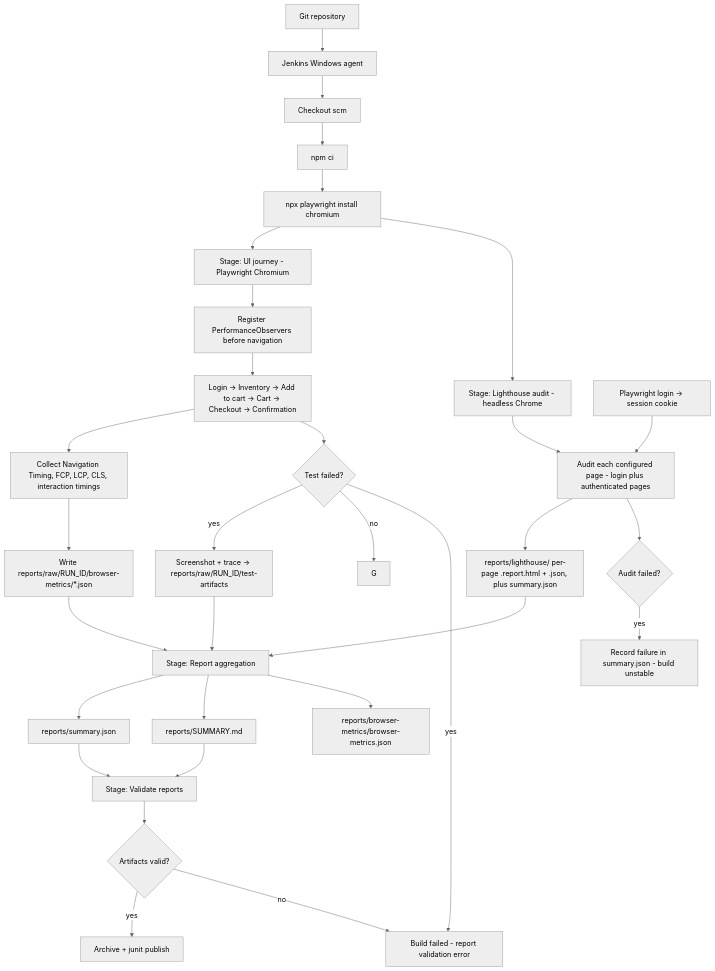
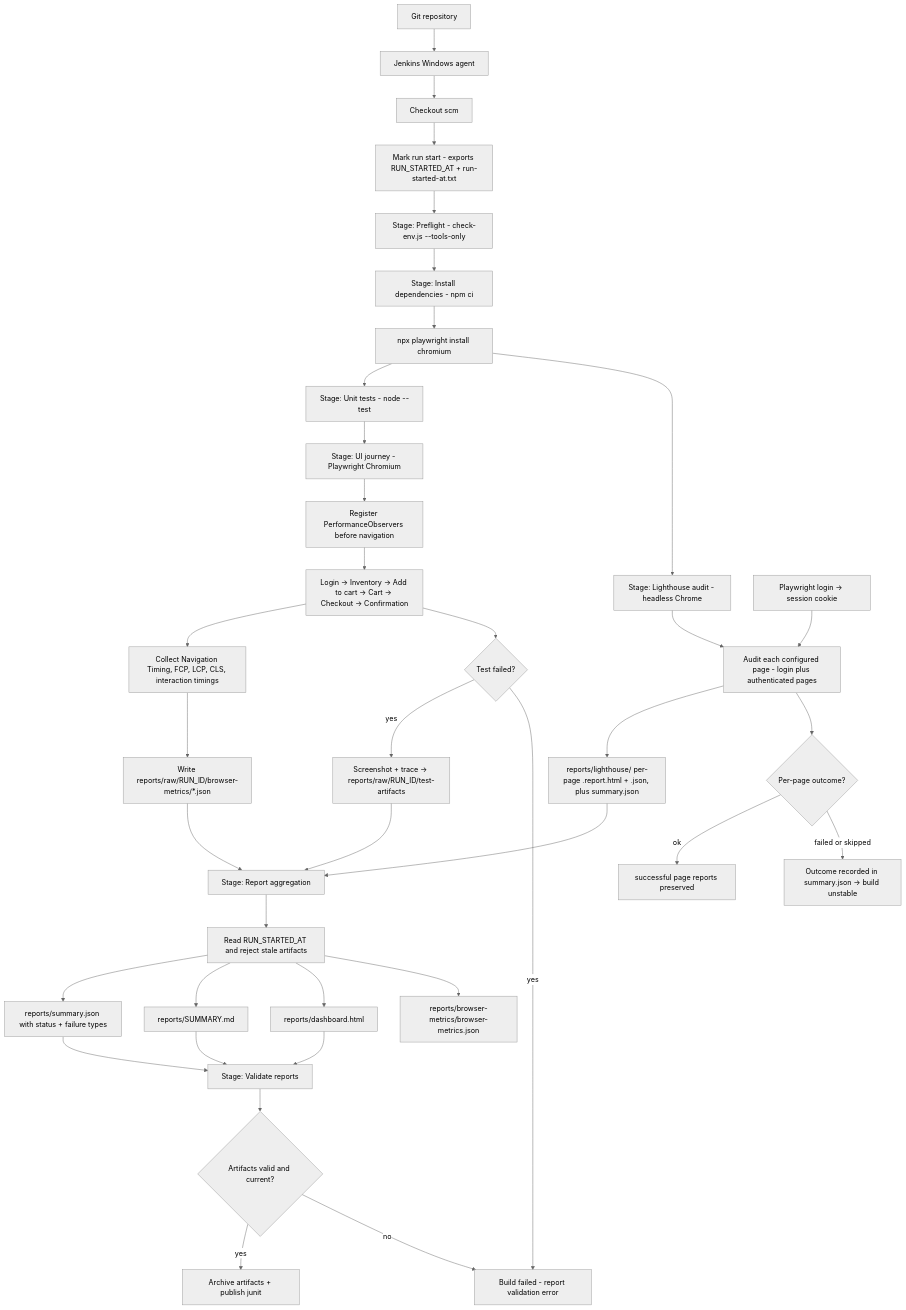
Before and after one commit to praveenkumarbharthi/ui-performance-poc: the diagram in docs/architecture.md, drawn with Mermaid (neutral theme). The commit also changed other lines of this file and 27 other files, not shown here.

````diff
--- a/docs/architecture.md
+++ b/docs/architecture.md
@@ -24,37 +28,43 @@
 ```mermaid
 flowchart TD
     A[Git repository] --> B[Jenkins Windows agent]
     B --> C[Checkout scm]
-    C --> D[npm ci]
+    C --> R[Mark run start - exports RUN_STARTED_AT + run-started-at.txt]
+    R --> P[Stage: Preflight - check-env.js --tools-only]
+    P --> D[Stage: Install dependencies - npm ci]
     D --> E[npx playwright install chromium]
+    E --> U[Stage: Unit tests - node --test]
 
-    E --> F[Stage: UI journey - Playwright Chromium]
+    U --> F[Stage: UI journey - Playwright Chromium]
     F --> F1[Register PerformanceObservers before navigation]
     F1 --> F2[Login -> Inventory -> Add to cart -> Cart -> Checkout -> Confirmation]
     F2 --> F3[Collect Navigation Timing, FCP, LCP, CLS, interaction timings]
     F3 --> F4[Write reports/raw/RUN_ID/browser-metrics/*.json]
     F2 --> F5{Test failed?}
     F5 -- yes --> F6[Screenshot + trace -> reports/raw/RUN_ID/test-artifacts]
-    F5 -- no --> G
 
     E --> H[Stage: Lighthouse audit - headless Chrome]
     H --> H1[Audit each configured page - login plus authenticated pages]
     H01[Playwright login -> session cookie] --> H1
     H1 --> H2[reports/lighthouse/ per-page .report.html + .json, plus summary.json]
-    H1 --> H3{Audit failed?}
-    H3 -- yes --> H4[Record failure in summary.json - build unstable]
+    H1 --> H3{Per-page outcome?}
+    H3 -- ok --> H5[successful page reports preserved]
+    H3 -- failed or skipped --> H4[Outcome recorded in summary.json -> build unstable]
 
     F4 --> I[Stage: Report aggregation]
     H2 --> I
     F6 --> I
-    I --> I1[reports/summary.json]
-    I --> I2[reports/SUMMARY.md]
-    I --> I3[reports/browser-metrics/browser-metrics.json]
+    I --> I0[Read RUN_STARTED_AT and reject stale artifacts]
+    I0 --> I1[reports/summary.json with status + failure types]
+    I0 --> I2[reports/SUMMARY.md]
+    I0 --> I3[reports/dashboard.html]
+    I0 --> I4[reports/browser-metrics/browser-metrics.json]
     I1 --> J[Stage: Validate reports]
     I2 --> J
-    J --> K{Artifacts valid?}
-    K -- yes --> L[Archive + junit publish]
+    I3 --> J
+    J --> K{Artifacts valid and current?}
+    K -- yes --> L[Archive artifacts + publish junit]
     K -- no --> M[Build failed - report validation error]
 
     F5 -- yes --> M
 ```
````
